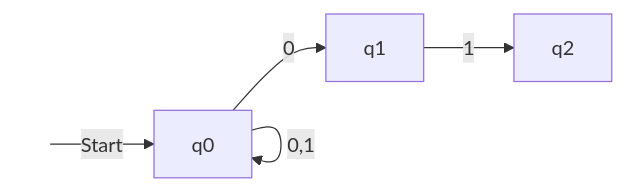
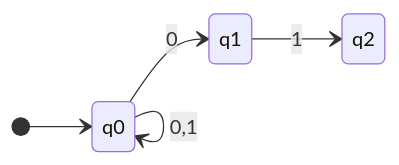
Before and after one commit to leaderli/obsidian: the second of 3 diagrams in md/自动机理论.md, drawn with Mermaid. The commit also changed other lines of this file and 5 other files, not shown here.

````diff
--- a/md/自动机理论.md
+++ b/md/自动机理论.md
@@ -120,8 +120,8 @@
 ```mermaid
-graph LR;
-begin( )-->|Start|q0
-q0-->|0|q1
-q0-->|0,1|q0
-q1-->|1|q2
-style begin color:white,fill:white,stroke:white
+stateDiagram-v2
+direction LR
+[*]-->q0
+q0-->q1:0
+q0-->q0:0,1
+q1-->q2:1
 ```
````
